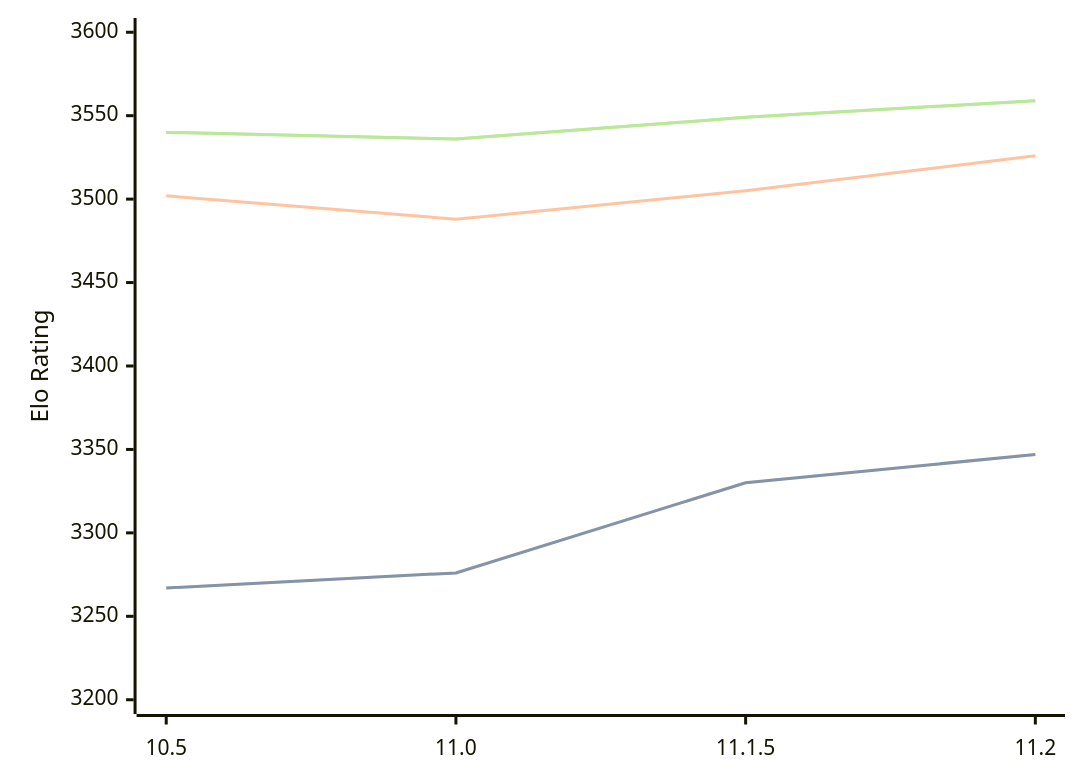
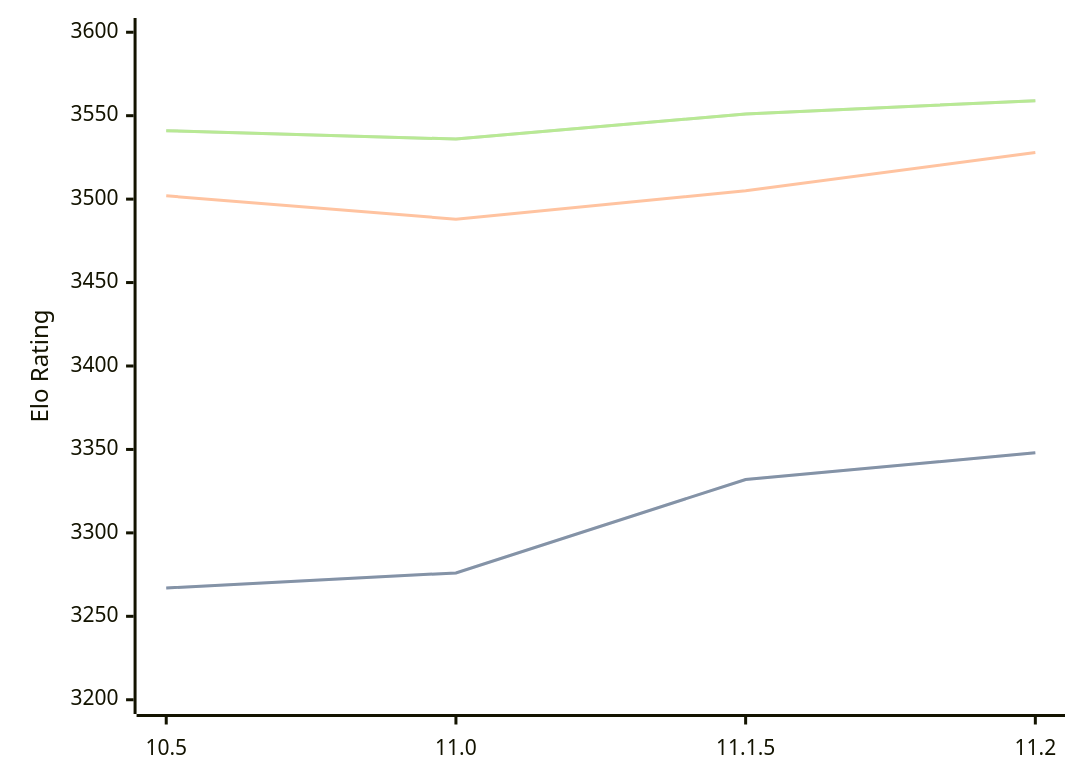
Before and after one commit to computer-chess-index/cci: the diagram in engines/Lizard.md, drawn with Mermaid. The commit also changed other lines of this file, not shown here.

Commit message:
Update CCI Ratings (ELO VLTC) - 2026-05-03

````diff
--- a/engines/Lizard.md
+++ b/engines/Lizard.md
@@ -46,11 +46,11 @@
 ```mermaid
 %%{init: {"theme":"base","themeVariables":{"seriesColors:['#a3a3a3','#222221','#faa371']}}}%%
 xychart-beta
   x-axis ["10.5", "11.0", "11.1.5", "11.2"]
   y-axis "Elo Rating" 3200 --> 3600
-  line "STC (8.0+0.08s)" [3267, 3276, 3330, 3347]
-  line "STC (8.0+0.08s)" [3267, 3276, 3330, 3347]
-  line "LTC (60.0+0.60s)" [3502, 3488, 3505, 3526]
-  line "VLTC (2m24s+1.12s)" [3540, 3536, 3549, 3559]
-  line "VLTC (2m24s+1.12s)" [3540, 3536, 3549, 3559]
+  line "STC (8.0+0.08s)" [3267, 3276, 3332, 3348]
+  line "STC (8.0+0.08s)" [3267, 3276, 3332, 3348]
+  line "LTC (60.0+0.60s)" [3502, 3488, 3505, 3528]
+  line "VLTC (2m24s+1.12s)" [3541, 3536, 3551, 3559]
+  line "VLTC (2m24s+1.12s)" [3541, 3536, 3551, 3559]
 ```
````
